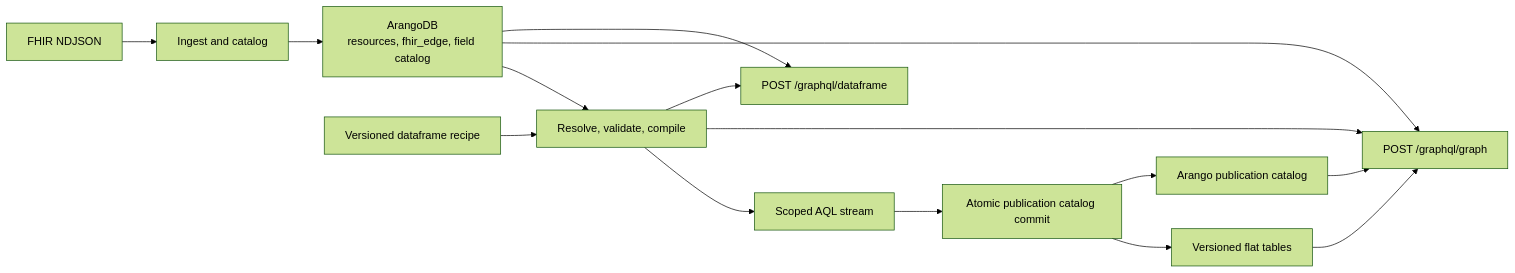
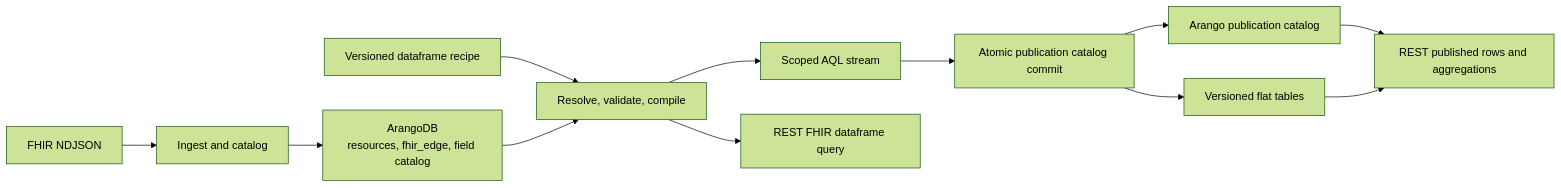
The diagram in README.md (calypr/loom), drawn with Mermaid (forest theme) before and after one commit. The commit also changed other lines of this file and 2377 other files, not shown here.

````diff
--- a/README.md
+++ b/README.md
@@ -22,17 +22,14 @@
 ```mermaid
 flowchart LR
     NDJSON["FHIR NDJSON"] --> Ingest["Ingest and catalog"]
     Ingest --> Arango["ArangoDB\nresources, fhir_edge, field catalog"]
     Recipe["Versioned dataframe recipe"] --> Compile["Resolve, validate, compile"]
     Arango --> Compile
     Compile --> AQL["Scoped AQL stream"]
     AQL --> Publish["Atomic publication catalog commit"]
     Publish --> ClickHouse["Versioned flat tables"]
     Publish --> Catalog["Arango publication catalog"]
-    Catalog["Arango publication catalog"] --> Graph["POST /graphql/graph"]
-    ClickHouse --> Graph
-    Arango --> Graph["POST /graphql/graph"]
-    Arango --> Dataframe["POST /graphql/dataframe"]
-    Compile --> Graph
-    Compile --> Dataframe
+    Catalog --> Reads["REST published rows and aggregations"]
+    ClickHouse --> Reads
+    Compile --> Dataframe["REST FHIR dataframe query"]
 ```
````
